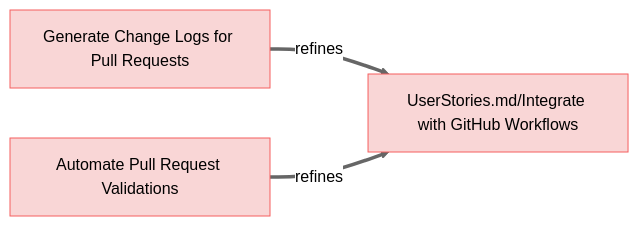
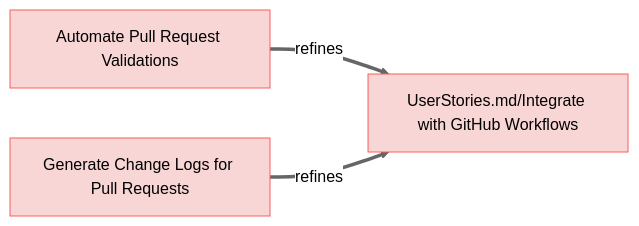
Before and after one commit to reqvire-org/reqvire: the fourth of 9 diagrams in specifications/UserRequirements.md, drawn with Mermaid (neutral theme). The commit also changed other lines of this file and 7 other files, not shown here.

Commit message:
Updated diagrams.

````diff
--- a/specifications/UserRequirements.md
+++ b/specifications/UserRequirements.md
@@ -414,20 +414,20 @@
 ```mermaid
 graph LR;
   %% Graph styling
   classDef requirement fill:#f9d6d6,stroke:#f55f5f,stroke-width:1px;
   classDef verification fill:#d6f9d6,stroke:#5fd75f,stroke-width:1px;
   classDef externalLink fill:#d0e0ff,stroke:#3080ff,stroke-width:1px;
   classDef default fill:#f5f5f5,stroke:#333333,stroke-width:1px;
 
+  68454e6166["Automate Pull Request Validations"];
+  click 68454e6166 "UserRequirements.md#automate-pull-request-validations";
+  class 68454e6166 requirement;
+  ba120b7caf["UserStories.md/Integrate with GitHub Workflows"];
+  class ba120b7caf requirement;
+  click ba120b7caf "UserStories.md#integrate-with-github-workflows";
+  68454e6166 ==>|refines| ba120b7caf;
   b2a387077d["Generate Change Logs for Pull Requests"];
   click b2a387077d "UserRequirements.md#generate-change-logs-for-pull-requests";
   class b2a387077d requirement;
-  ba120b7caf["UserStories.md/Integrate with GitHub Workflows"];
-  class ba120b7caf requirement;
-  click ba120b7caf "UserStories.md#integrate-with-github-workflows";
   b2a387077d ==>|refines| ba120b7caf;
-  68454e6166["Automate Pull Request Validations"];
-  click 68454e6166 "UserRequirements.md#automate-pull-request-validations";
-  class 68454e6166 requirement;
-  68454e6166 ==>|refines| ba120b7caf;
 ```
````
